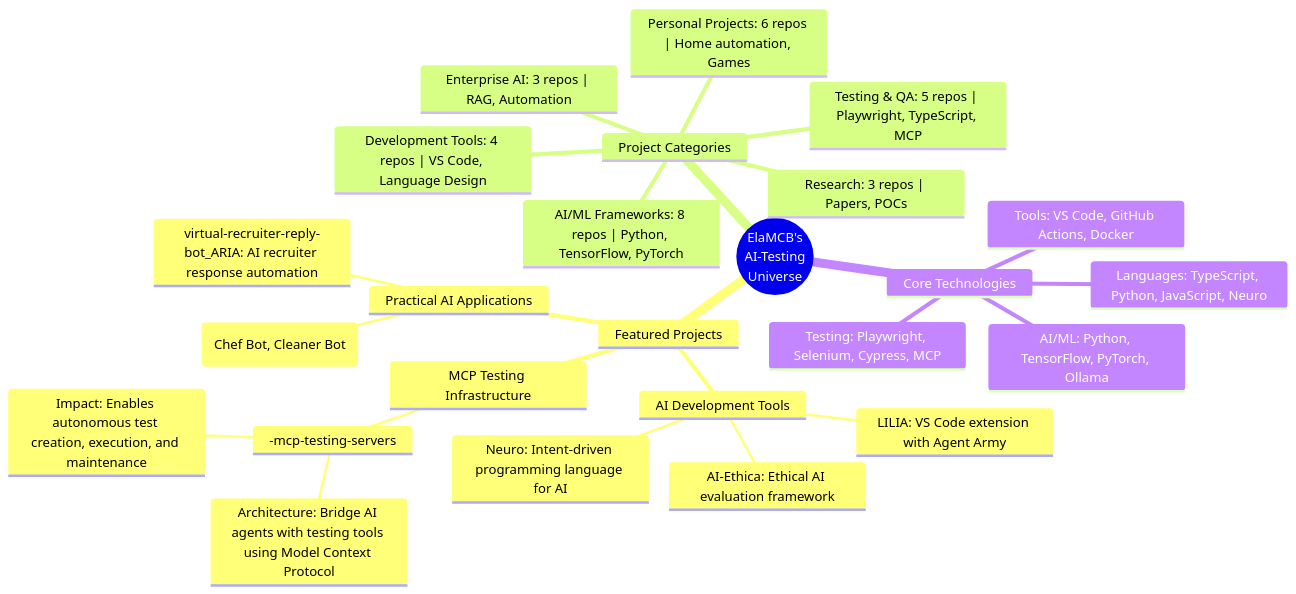
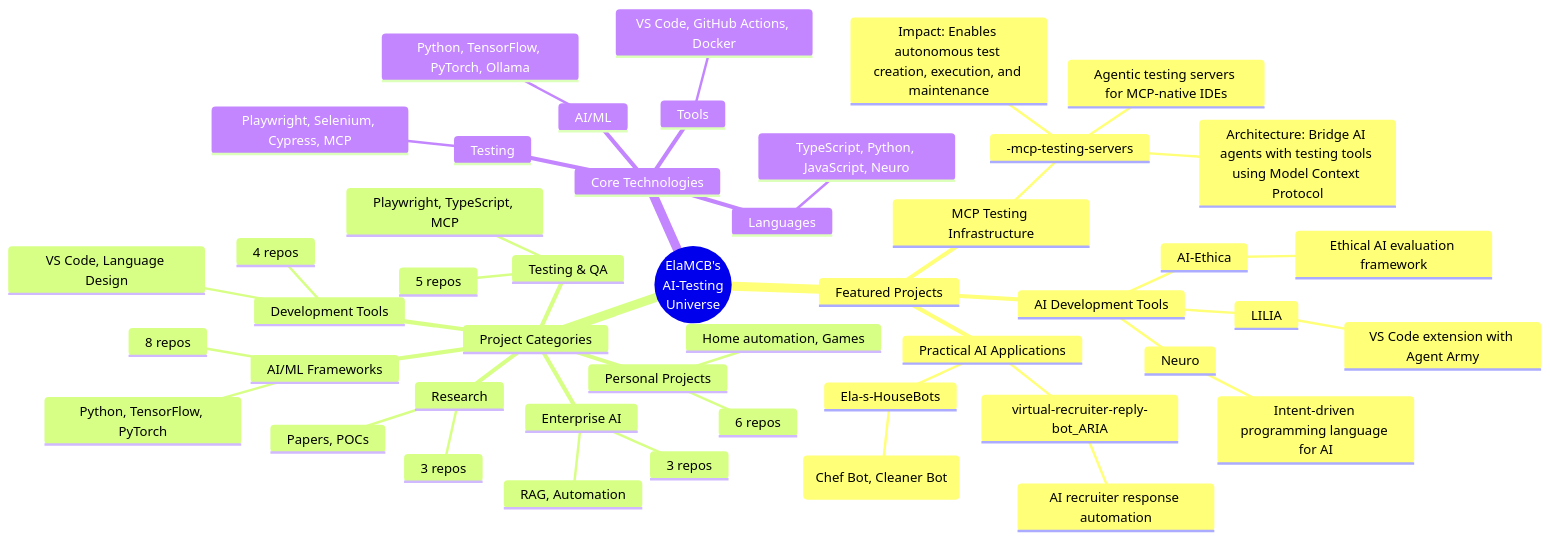
The first of 3 diagrams in README.md (ElaMCB/Portfolio-Hub), drawn with Mermaid before and after one commit.

Commit message:
Update mindmap to match exact structure with full project details

````diff
--- a/README.md
+++ b/README.md
@@ -15,28 +15,50 @@
 ```mermaid
 mindmap
   root((ElaMCB's<br/>AI-Testing<br/>Universe))
     Featured Projects
       MCP Testing Infrastructure
         -mcp-testing-servers
+          Agentic testing servers for MCP-native IDEs
           Architecture: Bridge AI agents with testing tools using Model Context Protocol
           Impact: Enables autonomous test creation, execution, and maintenance
       AI Development Tools
-        LILIA: VS Code extension with Agent Army
-        Neuro: Intent-driven programming language for AI
-        AI-Ethica: Ethical AI evaluation framework
+        LILIA
+          VS Code extension with Agent Army
+        Neuro
+          Intent-driven programming language for AI
+        AI-Ethica
+          Ethical AI evaluation framework
       Practical AI Applications
-        Ela-s-HouseBots: Domestic automation (Chef Bot, Cleaner Bot)
-        virtual-recruiter-reply-bot_ARIA: AI recruiter response automation
+        Ela-s-HouseBots
+          Domestic automation (Chef Bot, Cleaner Bot)
+        virtual-recruiter-reply-bot_ARIA
+          AI recruiter response automation
     Project Categories
-      Testing & QA: 5 repos | Playwright, TypeScript, MCP
-      AI/ML Frameworks: 8 repos | Python, TensorFlow, PyTorch
-      Development Tools: 4 repos | VS Code, Language Design
-      Enterprise AI: 3 repos | RAG, Automation
-      Personal Projects: 6 repos | Home automation, Games
-      Research: 3 repos | Papers, POCs
+      Testing & QA
+        5 repos
+        Playwright, TypeScript, MCP
+      AI/ML Frameworks
+        8 repos
+        Python, TensorFlow, PyTorch
+      Development Tools
+        4 repos
+        VS Code, Language Design
+      Enterprise AI
+        3 repos
+        RAG, Automation
+      Personal Projects
+        6 repos
+        Home automation, Games
+      Research
+        3 repos
+        Papers, POCs
     Core Technologies
-      Testing: Playwright, Selenium, Cypress, MCP
-      AI/ML: Python, TensorFlow, PyTorch, Ollama
-      Languages: TypeScript, Python, JavaScript, Neuro
-      Tools: VS Code, GitHub Actions, Docker
+      Testing
+        Playwright, Selenium, Cypress, MCP
+      AI/ML
+        Python, TensorFlow, PyTorch, Ollama
+      Languages
+        TypeScript, Python, JavaScript, Neuro
+      Tools
+        VS Code, GitHub Actions, Docker
 ```
````
